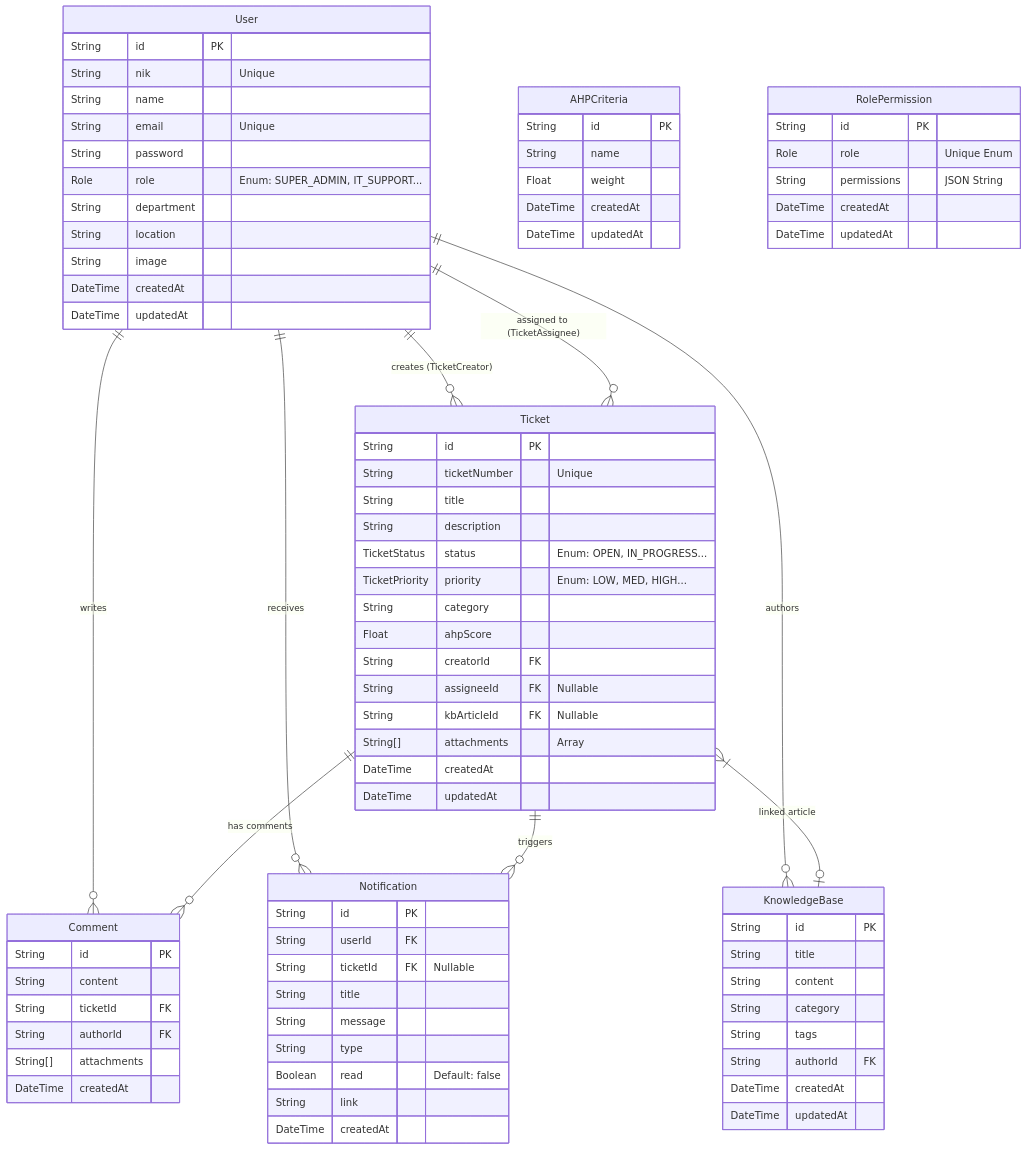
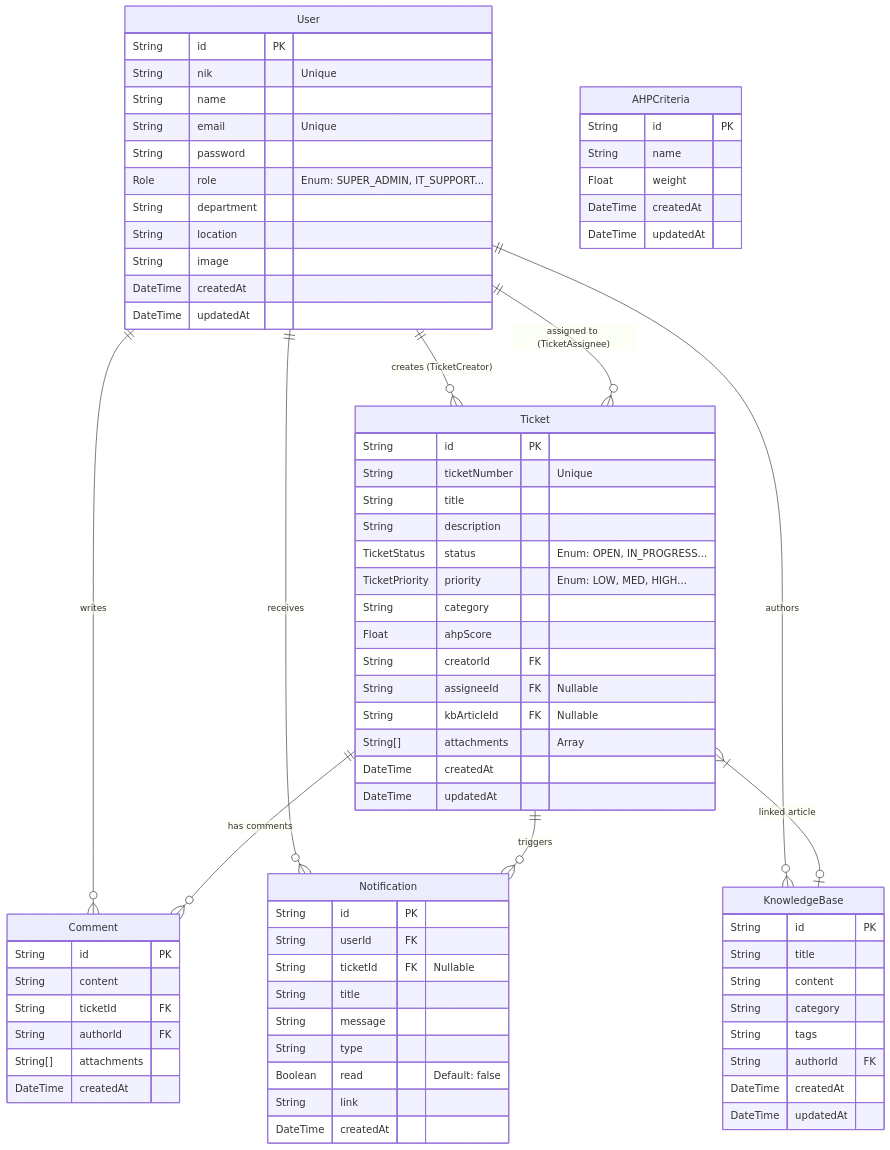
One commit to mrahmatfadila/bissmillah-skripsi-web changed the diagram in docs/ERD_DATABASE.md. Above: the diagram before and after it, drawn with Mermaid. The commit also changed 62 other files, not shown here.

````diff
--- a/docs/ERD_DATABASE.md
+++ b/docs/ERD_DATABASE.md
@@ -89,11 +89,4 @@
         DateTime updatedAt
     }
 
-    RolePermission {
-        String id PK
-        Role role "Unique Enum"
-        String permissions "JSON String"
-        DateTime createdAt
-        DateTime updatedAt
-    }
 ```
````
